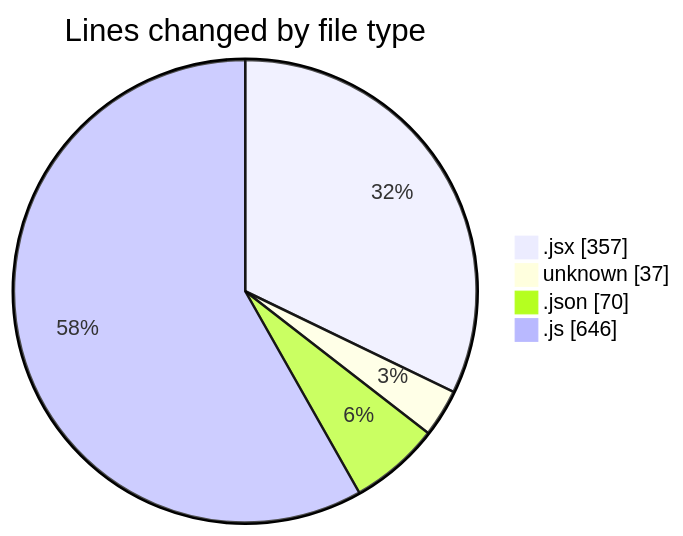
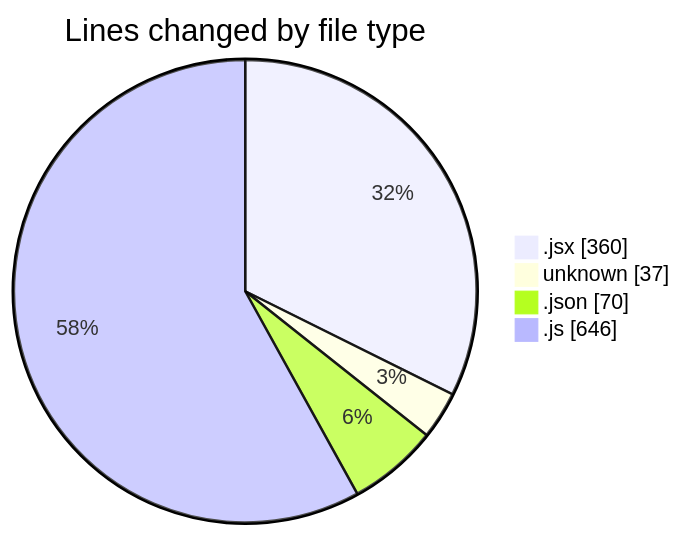
The first of 2 diagrams in 2025-02-08/react_ecom/README.md (Elitesun/code-tracking), drawn with Mermaid before and after one commit. The commit also changed other lines of this file and 1 other file, not shown here.

````diff
--- a/2025-02-08/react_ecom/README.md
+++ b/2025-02-08/react_ecom/README.md
@@ -24,8 +24,8 @@
 ```mermaid
 pie showData
 title Lines changed by file type
-".jsx" : 357
+".jsx" : 360
 "unknown" : 37
 ".json" : 70
 ".js" : 646
 ```
````
